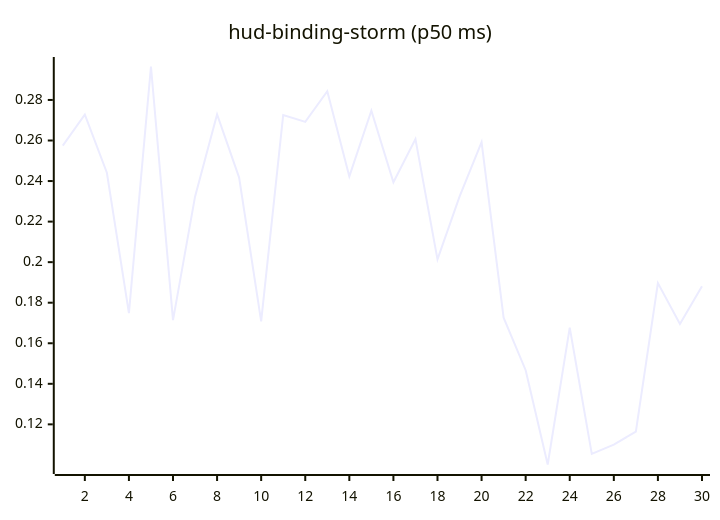
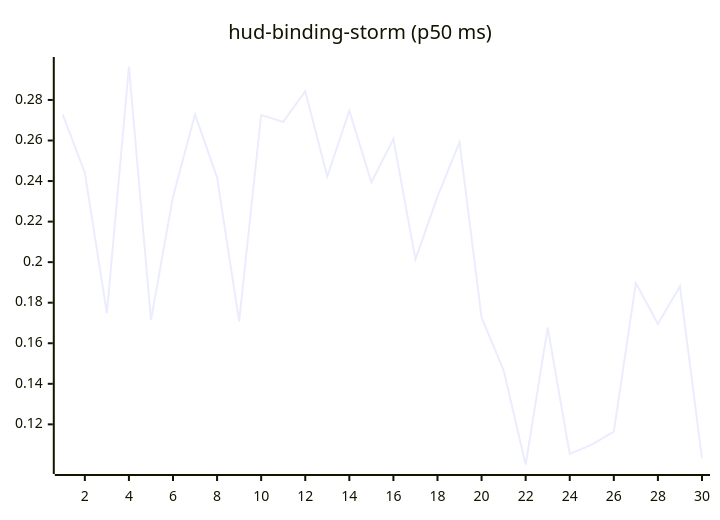
The tenth of 27 diagrams in README.md (josha/Facet), drawn with Mermaid before and after one commit. The commit also changed other lines of this file and 2 other files, not shown here.

````diff
--- a/README.md
+++ b/README.md
@@ -126,6 +126,6 @@
 ```mermaid
 xychart-beta
     title "hud-binding-storm (p50 ms)"
     x-axis 1 --> 30
-    line [0.2575, 0.2728, 0.2441, 0.1749, 0.2965, 0.1714, 0.2323, 0.2729, 0.2417, 0.1708, 0.2726, 0.2692, 0.2843, 0.2423, 0.2747, 0.2394, 0.2607, 0.2014, 0.2323, 0.2592, 0.1726, 0.1467, 0.1002, 0.1677, 0.1054, 0.1100, 0.1164, 0.1897, 0.1695, 0.1881]
+    line [0.2728, 0.2441, 0.1749, 0.2965, 0.1714, 0.2323, 0.2729, 0.2417, 0.1708, 0.2726, 0.2692, 0.2843, 0.2423, 0.2747, 0.2394, 0.2607, 0.2014, 0.2323, 0.2592, 0.1726, 0.1467, 0.1002, 0.1677, 0.1054, 0.1100, 0.1164, 0.1897, 0.1695, 0.1881, 0.1032]
 ```
````
